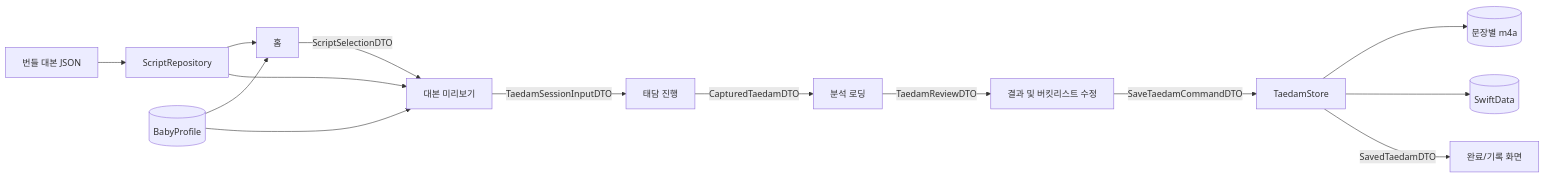
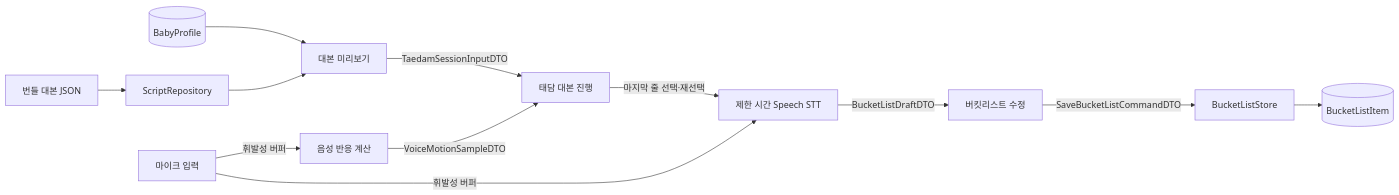
The first of 3 diagrams in docs/design/taedam-data-contracts.md (DeveloperAcademy-POSTECH/2026-C4-M15-siboya), drawn with Mermaid before and after one commit. The commit also changed other lines of this file and 1 other file, not shown here.

Commit message:
docs: revise taedam data contract

````diff
--- a/docs/design/taedam-data-contracts.md
+++ b/docs/design/taedam-data-contracts.md
@@ -150,16 +142,14 @@
 ```mermaid
 flowchart LR
     JSON[번들 대본 JSON] --> Repo[ScriptRepository]
-    Baby[(BabyProfile)] --> Home[홈]
-    Repo --> Home
-    Home -->|ScriptSelectionDTO| Preview[대본 미리보기]
+    Profile[(BabyProfile)] --> Preview[대본 미리보기]
     Repo --> Preview
-    Baby --> Preview
-    Preview -->|TaedamSessionInputDTO| Session[태담 진행]
-    Session -->|CapturedTaedamDTO| Loading[분석 로딩]
-    Loading -->|TaedamReviewDTO| Review[결과 및 버킷리스트 수정]
-    Review -->|SaveTaedamCommandDTO| Store[TaedamStore]
-    Store --> Files[(문장별 m4a)]
-    Store --> SwiftData[(SwiftData)]
-    Store -->|SavedTaedamDTO| Result[완료/기록 화면]
+    Preview -->|TaedamSessionInputDTO| Session[태담 대본 진행]
+    Mic[마이크 입력] -->|휘발성 버퍼| Motion[음성 반응 계산]
+    Motion -->|VoiceMotionSampleDTO| Session
+    Session -->|마지막 줄 선택·재선택| STT[제한 시간 Speech STT]
+    Mic -->|휘발성 버퍼| STT
+    STT -->|BucketListDraftDTO| Edit[버킷리스트 수정]
+    Edit -->|SaveBucketListCommandDTO| Store[BucketListStore]
+    Store --> Bucket[(BucketListItem)]
 ```
````
